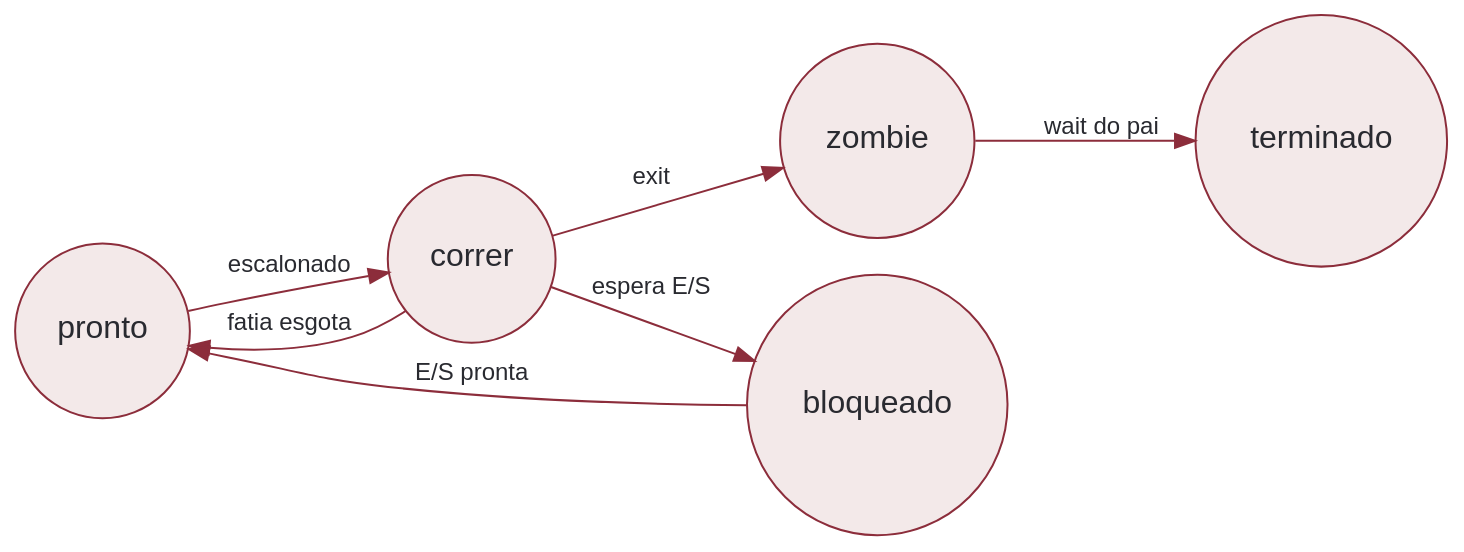
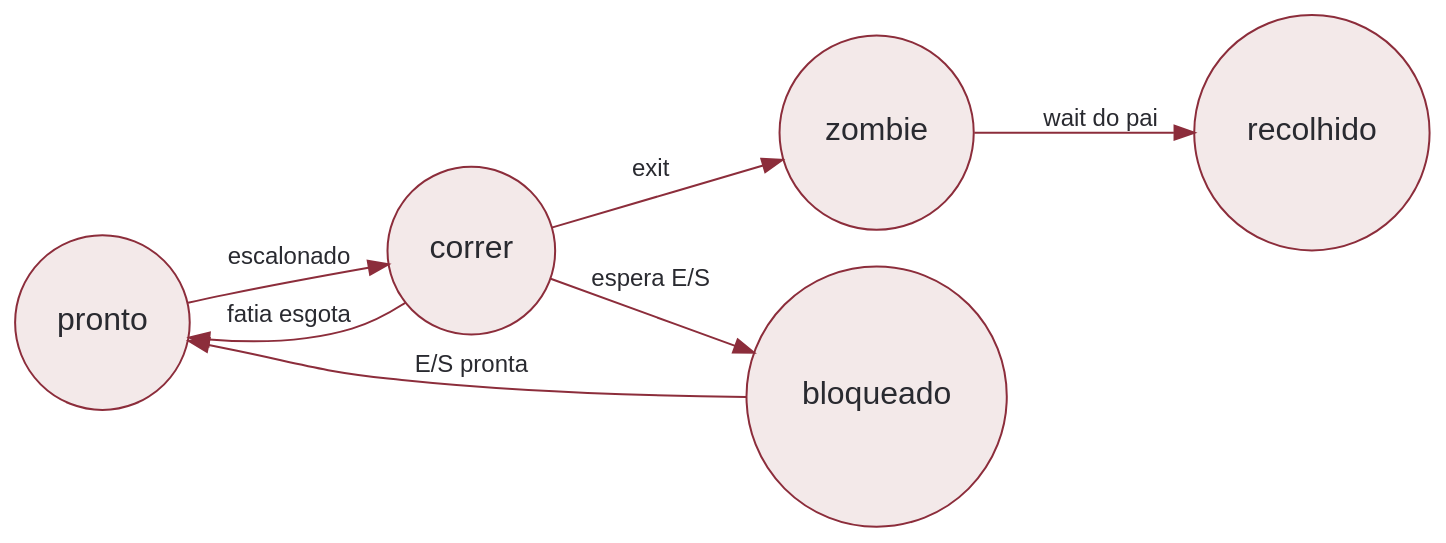
Before and after one commit to rodrgds/resumos: the diagram in src/content/lessons/so/ciclo-processo.dot, drawn with Graphviz. The commit also changed 20 other files, not shown here.

```diff
--- a/src/content/lessons/so/ciclo-processo.dot
+++ b/src/content/lessons/so/ciclo-processo.dot
@@ -1,11 +1,11 @@
 digraph CicloDeVida {
   graph [bgcolor="transparent", rankdir=LR, pad=0.2];
   node [shape=circle, style=filled, fillcolor="#f3e9e9", color="#8c2d3b", fontcolor="#292a30", fontname="Arial", fontsize=16];
   edge [color="#8c2d3b", fontcolor="#292a30", fontname="Arial", fontsize=12];
   pronto -> correr [label="escalonado"];
   correr -> pronto [label="fatia esgota"];
   correr -> bloqueado [label="espera E/S"];
   bloqueado -> pronto [label="E/S pronta"];
   correr -> zombie [label="exit"];
-  zombie -> terminado [label="wait do pai"];
+  zombie -> recolhido [label="wait do pai"];
 }
```
